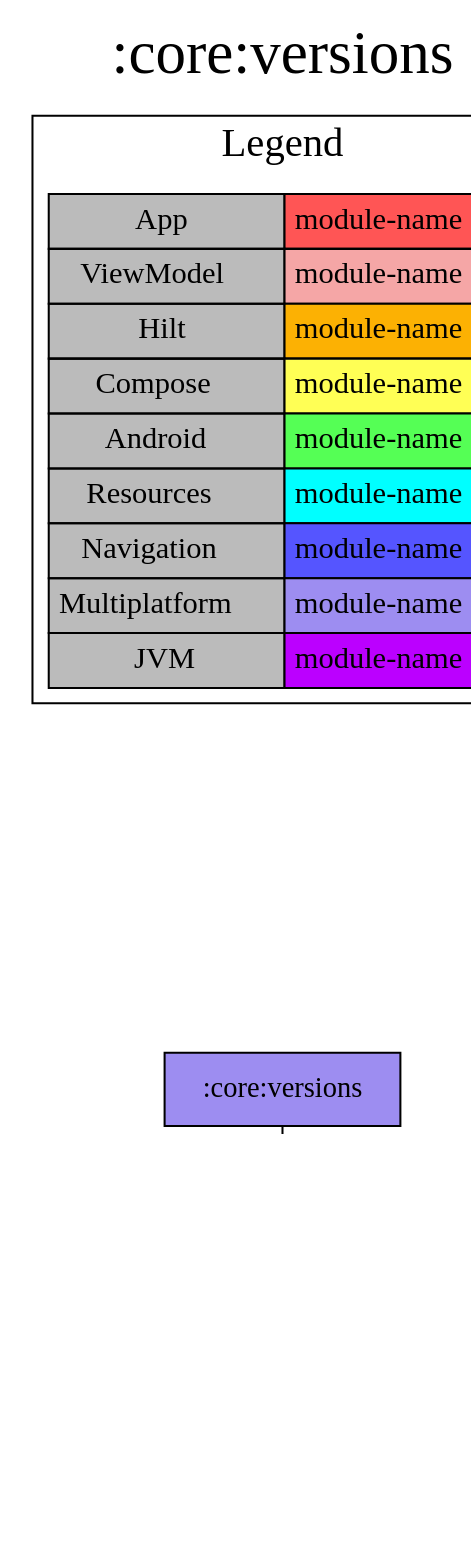
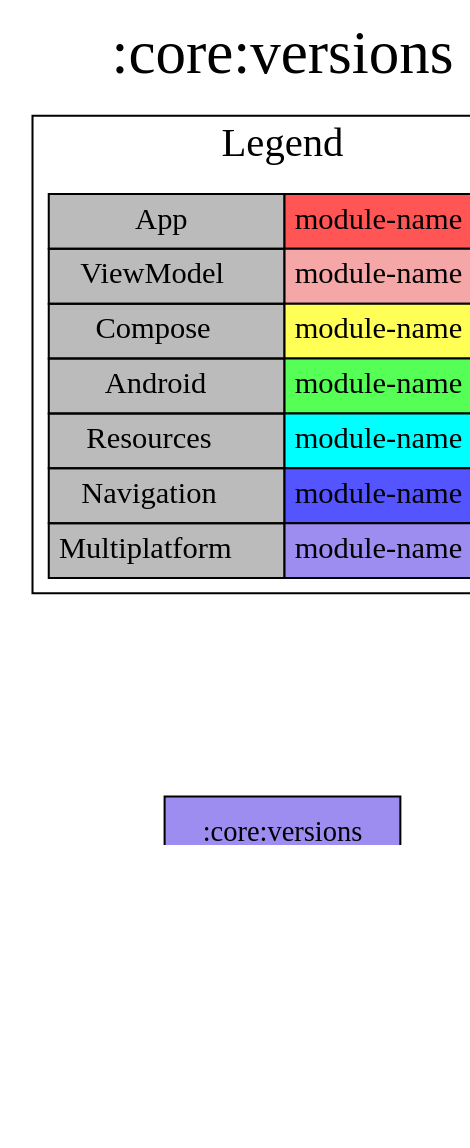
The diagram in modules/core/versions/project-dependency-graph.dot (jonapoul/aktual), drawn with Graphviz before and after one commit. The commit also changed 142 other files, not shown here.

```diff
--- a/modules/core/versions/project-dependency-graph.dot
+++ b/modules/core/versions/project-dependency-graph.dot
@@ -1,29 +1,27 @@
 digraph {
 edge ["dir"="forward"]
-graph ["dpi"="100","label"=":core:versions","labelloc"="t","fontsize"="30","ranksep"="2.5","rankdir"="TB"]
+graph ["dpi"="100","label"=":core:versions","labelloc"="t","fontsize"="30","ranksep"="1.5","rankdir"="TB"]
 node ["style"="filled"]
 ":core:versions" ["fillcolor"="#9D8DF1","shape"="box"]
 ":core:buildconfig" ["fillcolor"="#9D8DF1","shape"="box"]
 {
 edge ["dir"="none"]
 graph ["rank"="same"]
 }
 ":core:versions" -> ":core:buildconfig"
 subgraph "cluster_legend" {
 edge ["dir"="none"]
 graph ["label"="Legend","fontsize"="20"]
 "Legend" ["style"="filled","fillcolor"="#bbbbbb","shape"="none","margin"="0","fontsize"="15","label"=<
 <TABLE BORDER="0" CELLBORDER="1" CELLSPACING="0" CELLPADDING="4">
 <TR><TD>App</TD><TD BGCOLOR="#FF5555">module-name</TD></TR>
 <TR><TD>ViewModel</TD><TD BGCOLOR="#F5A6A6">module-name</TD></TR>
-<TR><TD>Hilt</TD><TD BGCOLOR="#FCB103">module-name</TD></TR>
 <TR><TD>Compose</TD><TD BGCOLOR="#FFFF55">module-name</TD></TR>
 <TR><TD>Android</TD><TD BGCOLOR="#55FF55">module-name</TD></TR>
 <TR><TD>Resources</TD><TD BGCOLOR="#00FFFF">module-name</TD></TR>
 <TR><TD>Navigation</TD><TD BGCOLOR="#5555FF">module-name</TD></TR>
 <TR><TD>Multiplatform</TD><TD BGCOLOR="#9D8DF1">module-name</TD></TR>
-<TR><TD>JVM</TD><TD BGCOLOR="#BB00FF">module-name</TD></TR>
 </TABLE>
 >]
 } -> ":core:versions" ["style"="invis"]
 }
```
